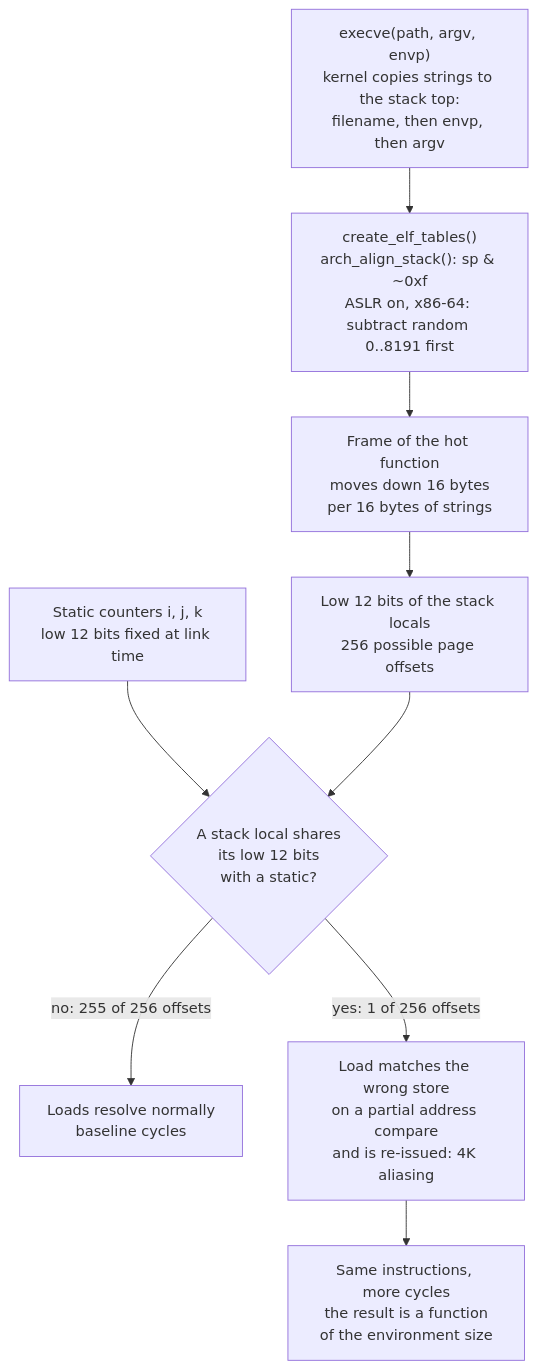
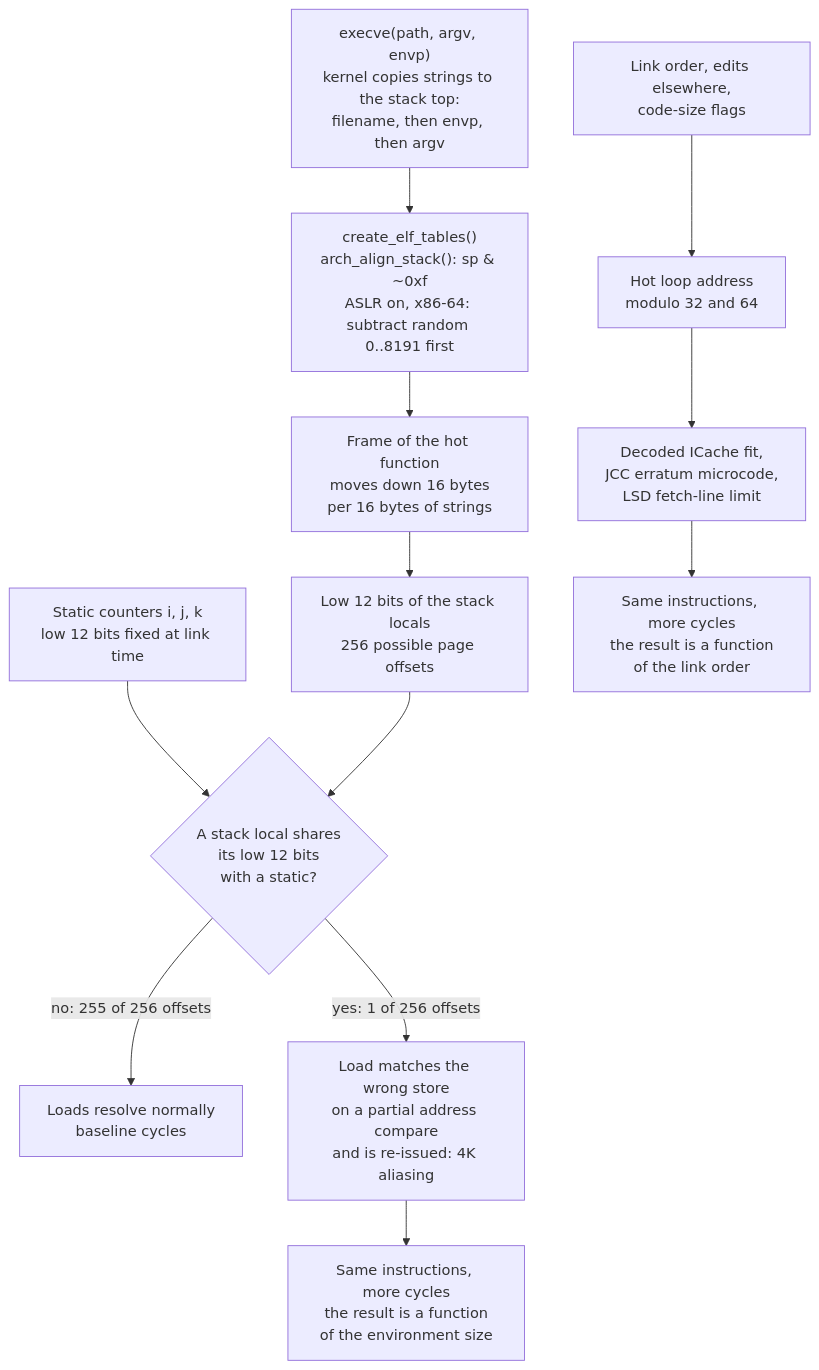
Before and after one commit to shreejitverma/The-Distinguished-Engineer: the diagram in 18-Developer-Toolchain/04-Measurement-Methodology/Drill-Measurement-Methodology-Environment-Size-Bias.md, drawn with Mermaid. The commit also changed other lines of this file and 8 other files, not shown here.

````diff
--- a/18-Developer-Toolchain/04-Measurement-Methodology/Drill-Measurement-Methodology-Environment-Size-Bias.md
+++ b/18-Developer-Toolchain/04-Measurement-Methodology/Drill-Measurement-Methodology-Environment-Size-Bias.md
@@ -42,11 +49,14 @@
 ```mermaid
 flowchart TD
     EXEC["execve(path, argv, envp)<br/>kernel copies strings to the stack top:<br/>filename, then envp, then argv"] --> ALIGN["create_elf_tables()<br/>arch_align_stack(): sp & ~0xf<br/>ASLR on, x86-64: subtract random 0..8191 first"]
     ALIGN --> FRAME["Frame of the hot function<br/>moves down 16 bytes<br/>per 16 bytes of strings"]
     FRAME --> LOW["Low 12 bits of the stack locals<br/>256 possible page offsets"]
     STATIC["Static counters i, j, k<br/>low 12 bits fixed at link time"] --> CMP{"A stack local shares<br/>its low 12 bits<br/>with a static?"}
     LOW --> CMP
     CMP -->|"no: 255 of 256 offsets"| FAST["Loads resolve normally<br/>baseline cycles"]
     CMP -->|"yes: 1 of 256 offsets"| SLOW["Load matches the wrong store<br/>on a partial address compare<br/>and is re-issued: 4K aliasing"]
     SLOW --> BIAS["Same instructions, more cycles<br/>the result is a function<br/>of the environment size"]
+    LINK["Link order, edits elsewhere,<br/>code-size flags"] --> CODE["Hot loop address<br/>modulo 32 and 64"]
+    CODE --> FE["Decoded ICache fit,<br/>JCC erratum microcode,<br/>LSD fetch-line limit"]
+    FE --> CBIAS["Same instructions, more cycles<br/>the result is a function<br/>of the link order"]
 ```
````
